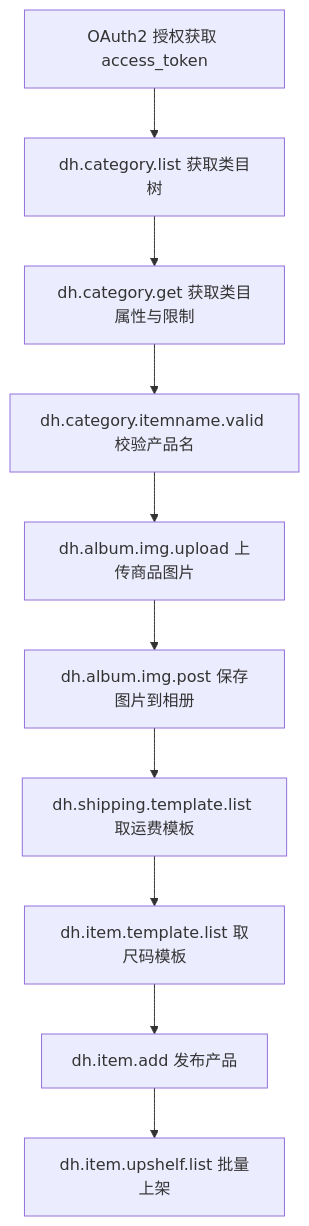
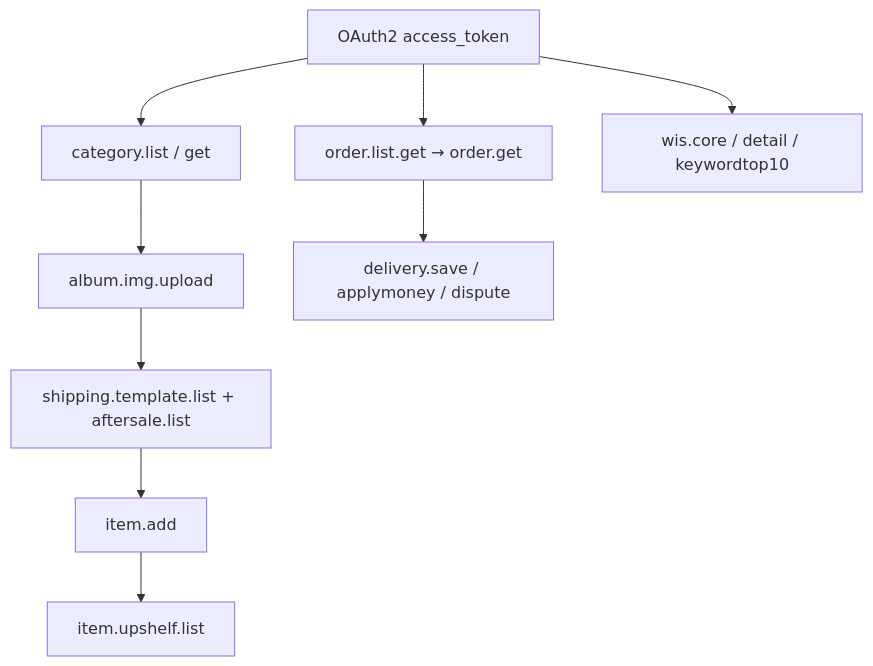
The first of 3 diagrams in hemu_oversea_fastapi/dhgate_API.md (philliu66/hemu_oversea_fullstack), drawn with Mermaid before and after one commit. The commit also changed other lines of this file and 86 other files, not shown here.

````diff
--- a/hemu_oversea_fastapi/dhgate_API.md
+++ b/hemu_oversea_fastapi/dhgate_API.md
@@ -1537,12 +32,11 @@
 ```mermaid
 flowchart TD
-    A["OAuth2 授权获取 access_token"] --> B["dh.category.list 获取类目树"]
-    B --> C["dh.category.get 获取类目属性与限制"]
-    C --> D["dh.category.itemname.valid 校验产品名"]
-    D --> E["dh.album.img.upload 上传商品图片"]
-    E --> F["dh.album.img.post 保存图片到相册"]
-    F --> G["dh.shipping.template.list 取运费模板"]
-    G --> H["dh.item.template.list 取尺码模板"]
-    H --> I["dh.item.add 发布产品"]
-    I --> J["dh.item.upshelf.list 批量上架"]
+    A["OAuth2 access_token"] --> B["category.list / get"]
+    B --> C["album.img.upload"]
+    C --> D["shipping.template.list + aftersale.list"]
+    D --> E["item.add"]
+    E --> F["item.upshelf.list"]
+    A --> G["order.list.get → order.get"]
+    G --> H["delivery.save / applymoney / dispute"]
+    A --> I["wis.core / detail / keywordtop10"]
 ```
````
